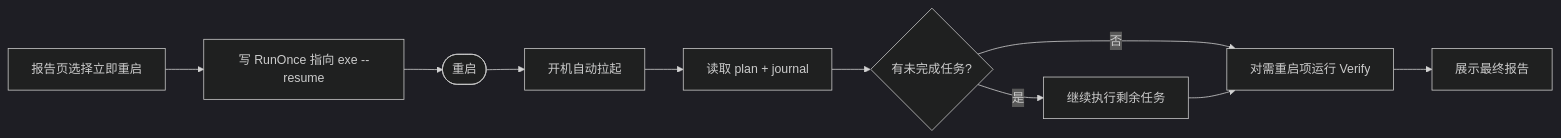
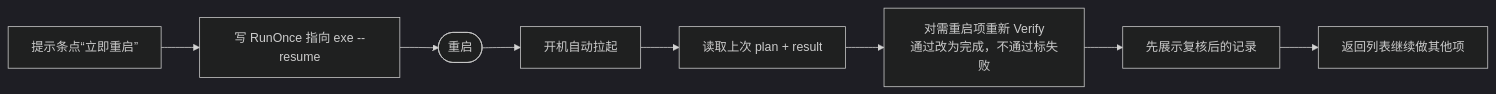
One commit to CookPiu/WinHomestead changed the seventh of 8 diagrams in docs/02-用例与用户流程.md. Above: the diagram before and after it, drawn with Mermaid (dark theme). The commit also changed other lines of this file and 2 other files, not shown here.

````diff
--- a/docs/02-用例与用户流程.md
+++ b/docs/02-用例与用户流程.md
@@ -392,12 +391,10 @@
 ```mermaid
 flowchart LR
-  A[报告页选择立即重启] --> B[写 RunOnce 指向 exe --resume]
+  A[提示条点“立即重启”] --> B[写 RunOnce 指向 exe --resume]
   B --> C([重启])
   C --> D[开机自动拉起]
-  D --> E[读取 plan + journal]
-  E --> F{有未完成任务?}
-  F -- 是 --> G[继续执行剩余任务]
-  F -- 否 --> H[对需重启项运行 Verify]
-  G --> H
-  H --> I[展示最终报告]
+  D --> E[读取上次 plan + result]
+  E --> H[对需重启项重新 Verify<br/>通过改为完成，不通过标失败]
+  H --> I[先展示复核后的记录]
+  I --> J[返回列表继续做其他项]
 ```
````
